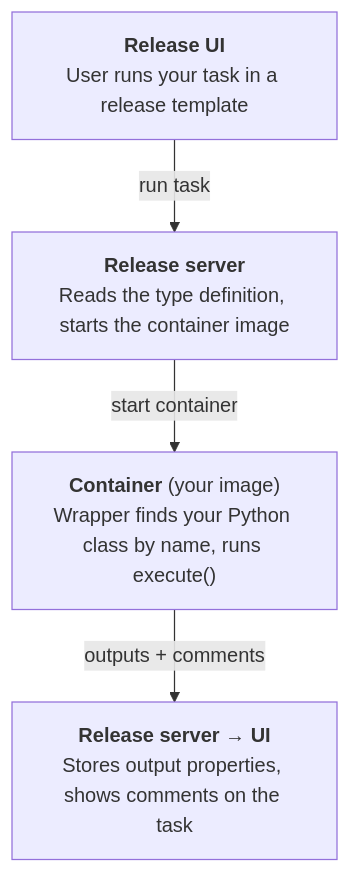
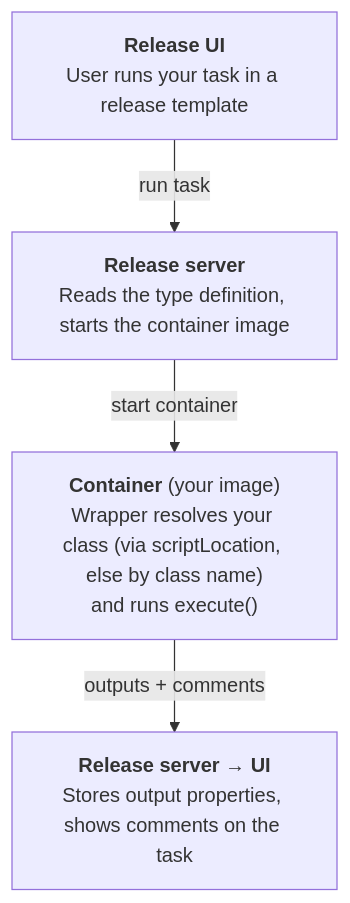
The diagram in PLUGIN_DEVELOPMENT.md (digital-ai/release-integration-template-python), drawn with Mermaid before and after one commit. The commit also changed other lines of this file and 1 other file, not shown here.

````diff
--- a/PLUGIN_DEVELOPMENT.md
+++ b/PLUGIN_DEVELOPMENT.md
@@ -37,11 +37,11 @@
 ```mermaid
 flowchart TD
     UI["<b>Release UI</b><br/>User runs your task in a release template"]
     Server["<b>Release server</b><br/>Reads the type definition, starts the container image"]
-    Container["<b>Container</b> (your image)<br/>Wrapper finds your Python class by name, runs execute()"]
+    Container["<b>Container</b> (your image)<br/>Wrapper resolves your class (via scriptLocation, else by class name)<br/>and runs execute()"]
     Back["<b>Release server → UI</b><br/>Stores output properties, shows comments on the task"]
 
     UI -->|run task| Server
     Server -->|start container| Container
     Container -->|outputs + comments| Back
 ```
````
